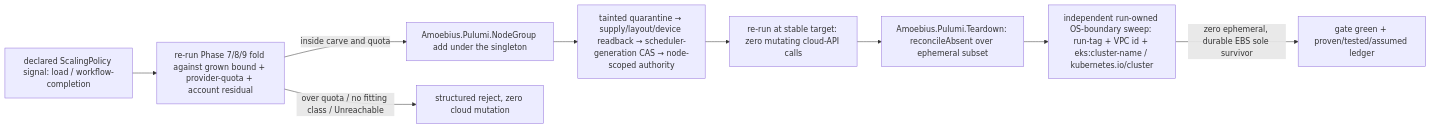
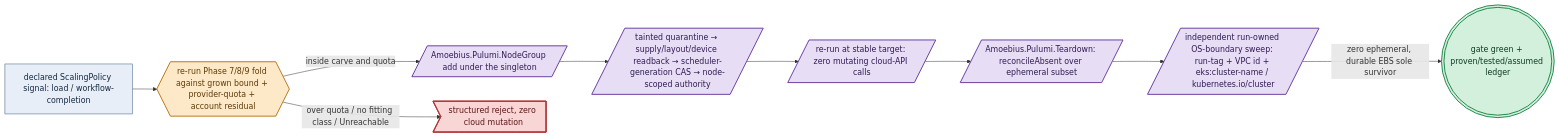
Before and after one commit to Tuee22/amoebius: the diagram in DEVELOPMENT_PLAN/phase_37_provider_dynamic_nodes.md, drawn with Mermaid. The commit also changed other lines of this file and 36 other files, not shown here.

````diff
--- a/DEVELOPMENT_PLAN/phase_37_provider_dynamic_nodes.md
+++ b/DEVELOPMENT_PLAN/phase_37_provider_dynamic_nodes.md
@@ -83,11 +85,16 @@
 ```mermaid
 flowchart LR
-  signal[declared ScalingPolicy signal: load / workflow-completion] --> fold[re-run Phase 7/8/9 fold against grown bound + provider-quota + account residual]
-  fold -->|inside carve and quota| enact[Amoebius.Pulumi.NodeGroup add under the singleton]
-  fold -->|over quota / no fitting class / Unreachable| refuse[structured reject, zero cloud mutation]
-  enact --> join[tainted quarantine → supply/layout/device readback → scheduler-generation CAS → node-scoped authority]
-  join --> noop[re-run at stable target: zero mutating cloud-API calls]
-  noop --> teardown[Amoebius.Pulumi.Teardown: reconcileAbsent over ephemeral subset]
-  teardown --> sweep[independent run-owned OS-boundary sweep: run-tag + VPC id + eks:cluster-name / kubernetes.io/cluster]
-  sweep -->|zero ephemeral, durable EBS sole survivor| green[gate green + proven/tested/assumed ledger]
+  signal["declared ScalingPolicy signal: load / workflow-completion"]:::intent --> fold{{"re-run Phase 7/8/9 fold against grown bound + provider-quota + account residual"}}:::gate
+  fold -->|inside carve and quota| enact[/"Amoebius.Pulumi.NodeGroup add under the singleton"/]:::effect
+  fold -->|over quota / no fitting class / Unreachable| refuse>"structured reject, zero cloud mutation"]:::refuse
+  enact --> join[/"tainted quarantine → supply/layout/device readback → scheduler-generation CAS → node-scoped authority"/]:::effect
+  join --> noop[/"re-run at stable target: zero mutating cloud-API calls"/]:::effect
+  noop --> teardown[/"Amoebius.Pulumi.Teardown: reconcileAbsent over ephemeral subset"/]:::effect
+  teardown --> sweep[/"independent run-owned OS-boundary sweep: run-tag + VPC id + eks:cluster-name / kubernetes.io/cluster"/]:::effect
+  sweep -->|zero ephemeral, durable EBS sole survivor| green((("gate green + proven/tested/assumed ledger"))):::seal
+  classDef intent   fill:#e8eef7,stroke:#33587a,color:#12283f,stroke-width:1px
+  classDef gate     fill:#fde9c8,stroke:#b8791b,color:#5c3a06,stroke-width:2px
+  classDef effect   fill:#e7ddf5,stroke:#6b3fa0,color:#2f1a52,stroke-width:2px
+  classDef refuse   fill:#f8d6d6,stroke:#b23636,color:#5c1414,stroke-width:2px
+  classDef seal     fill:#d3f0dd,stroke:#1f8a4c,color:#0c3a1f,stroke-width:2px
 ```
````
